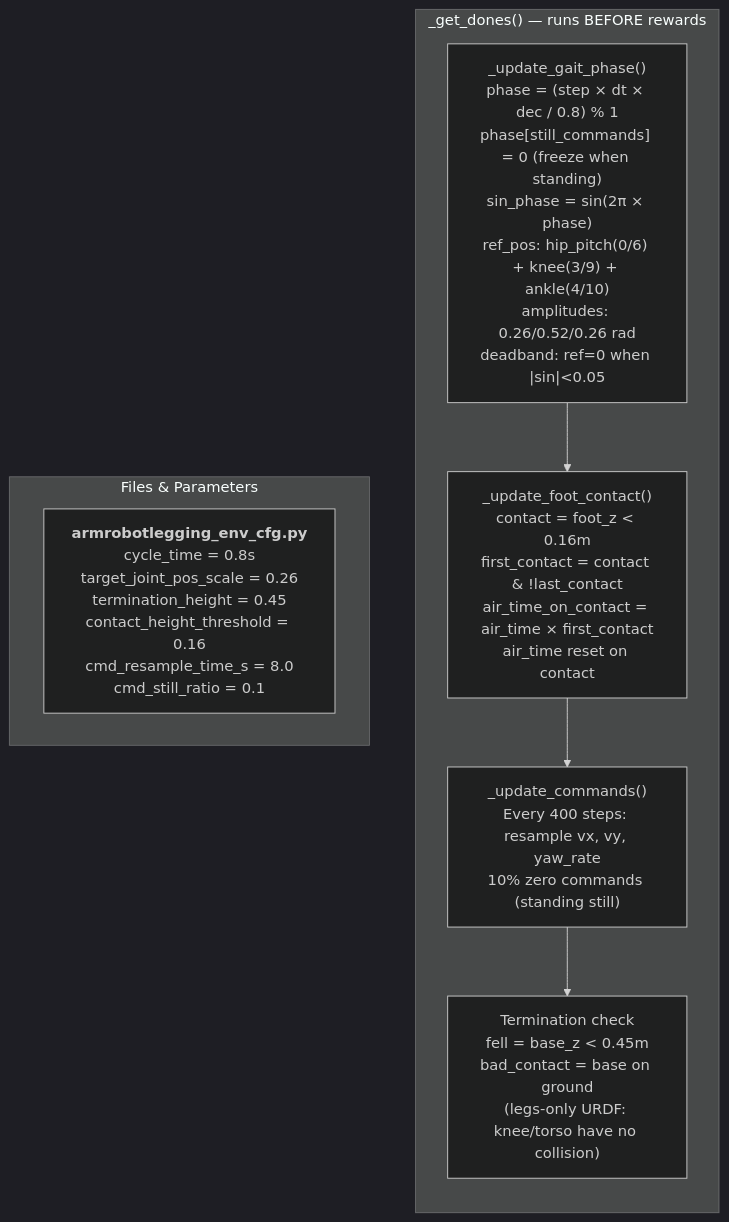
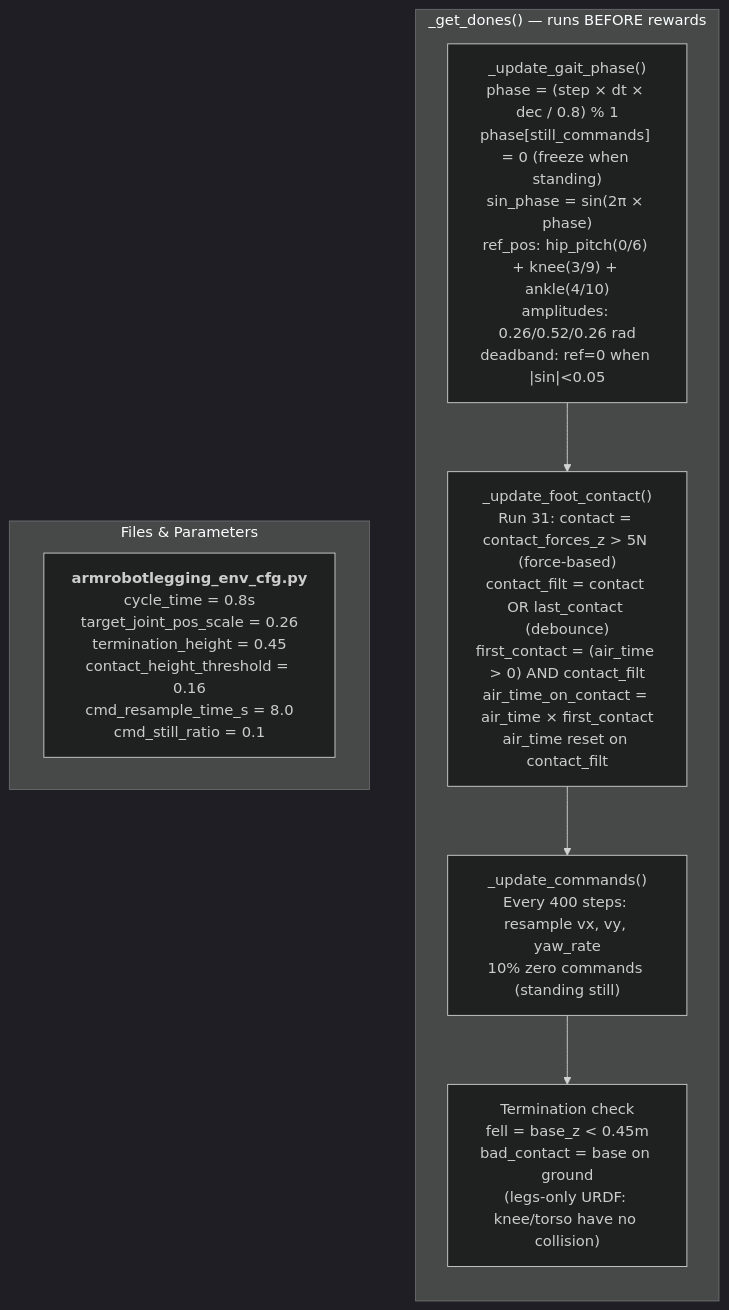
Before and after one commit to armmarov/armrobot: the fourth of 8 diagrams in docs/TRAINING_FLOW.md, drawn with Mermaid (dark theme). The commit also changed other lines of this file and 1 other file, not shown here.

Commit message:
Run 31: Update docs — force-based contact, epochs=2
Updated ENGINEAI_VS_ISAACLAB.md, TRAINING_FLOW.md with Run 31 changes:
- Contact detection switched from z-height to force-based (5N threshold)
- PPO learning epochs reduced from 5 to 2

````diff
--- a/docs/TRAINING_FLOW.md
+++ b/docs/TRAINING_FLOW.md
@@ -94,15 +94,15 @@
 ```mermaid
 flowchart TB
     subgraph DONES["_get_dones() — runs BEFORE rewards"]
         direction TB
         GP["_update_gait_phase()<br/>phase = (step × dt × dec / 0.8) % 1<br/>phase[still_commands] = 0 (freeze when standing)<br/>sin_phase = sin(2π × phase)<br/>ref_pos: hip_pitch(0/6) + knee(3/9) + ankle(4/10)<br/>amplitudes: 0.26/0.52/0.26 rad<br/>deadband: ref=0 when |sin|<0.05"]
-        FC["_update_foot_contact()<br/>contact = foot_z < 0.16m<br/>first_contact = contact & !last_contact<br/>air_time_on_contact = air_time × first_contact<br/>air_time reset on contact"]
+        FC["_update_foot_contact()<br/>Run 31: contact = contact_forces_z > 5N (force-based)<br/>contact_filt = contact OR last_contact (debounce)<br/>first_contact = (air_time > 0) AND contact_filt<br/>air_time_on_contact = air_time × first_contact<br/>air_time reset on contact_filt"]
         CMD["_update_commands()<br/>Every 400 steps: resample vx, vy, yaw_rate<br/>10% zero commands (standing still)"]
         TERM["Termination check<br/>fell = base_z < 0.45m<br/>bad_contact = base on ground<br/>(legs-only URDF: knee/torso have no collision)"]
         GP --> FC --> CMD --> TERM
     end
 
     subgraph FILES3["Files & Parameters"]
         F3["<b>armrobotlegging_env_cfg.py</b><br/>cycle_time = 0.8s<br/>target_joint_pos_scale = 0.26<br/>termination_height = 0.45<br/>contact_height_threshold = 0.16<br/>cmd_resample_time_s = 8.0<br/>cmd_still_ratio = 0.1"]
     end
 ```
````
